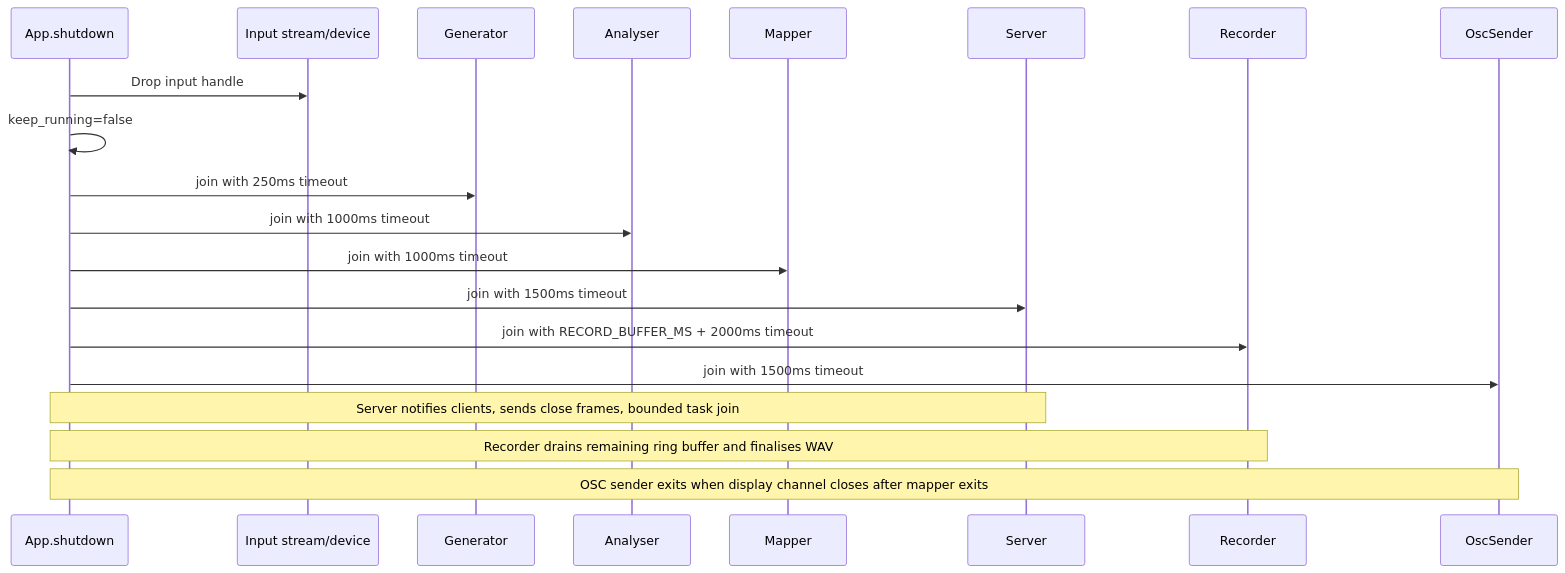
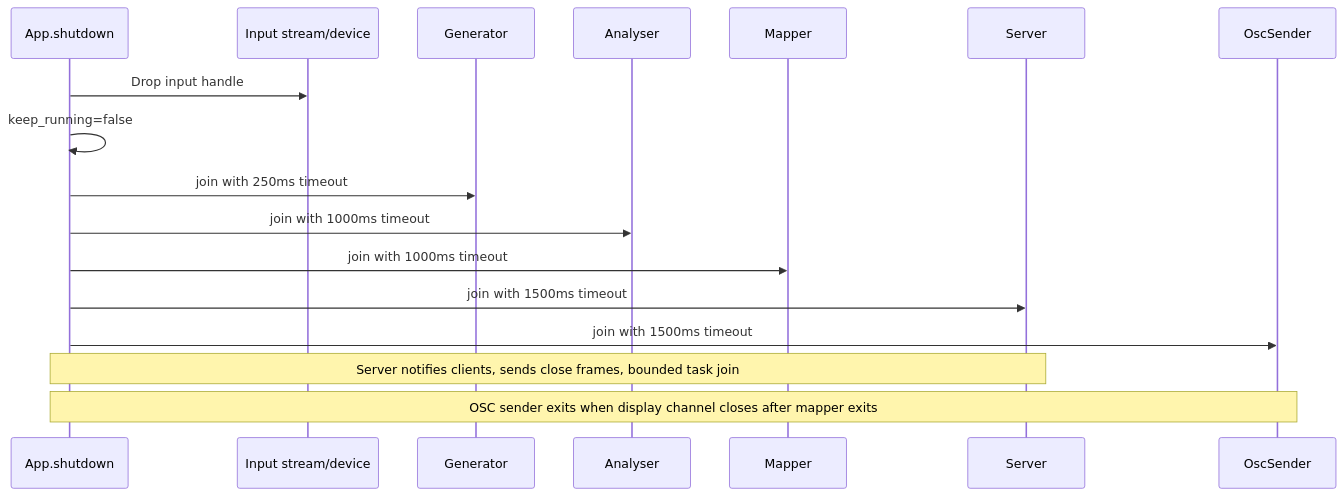
The fourth of 4 diagrams in docs/system/lifecycle.md (rayboyd/phase4), drawn with Mermaid before and after one commit. The commit also changed other lines of this file and 3 other files, not shown here.

````diff
--- a/docs/system/lifecycle.md
+++ b/docs/system/lifecycle.md
@@ -136,25 +128,22 @@
 ```mermaid
 sequenceDiagram
 		participant Main as App.shutdown
 		participant In as Input stream/device
 		participant Gen as Generator
 		participant An as Analyser
 		participant Map as Mapper
 		participant Srv as Server
-		participant Rec as Recorder
 		participant Osc as OscSender
 
 		Main->>In: Drop input handle
 		Main->>Main: keep_running=false
 
 		Main->>Gen: join with 250ms timeout
 		Main->>An: join with 1000ms timeout
 		Main->>Map: join with 1000ms timeout
 		Main->>Srv: join with 1500ms timeout
-		Main->>Rec: join with RECORD_BUFFER_MS + 2000ms timeout
 		Main->>Osc: join with 1500ms timeout
 
 		note over Main,Srv: Server notifies clients, sends close frames, bounded task join
-		note over Main,Rec: Recorder drains remaining ring buffer and finalises WAV
 		note over Main,Osc: OSC sender exits when display channel closes after mapper exits
 ```
````
